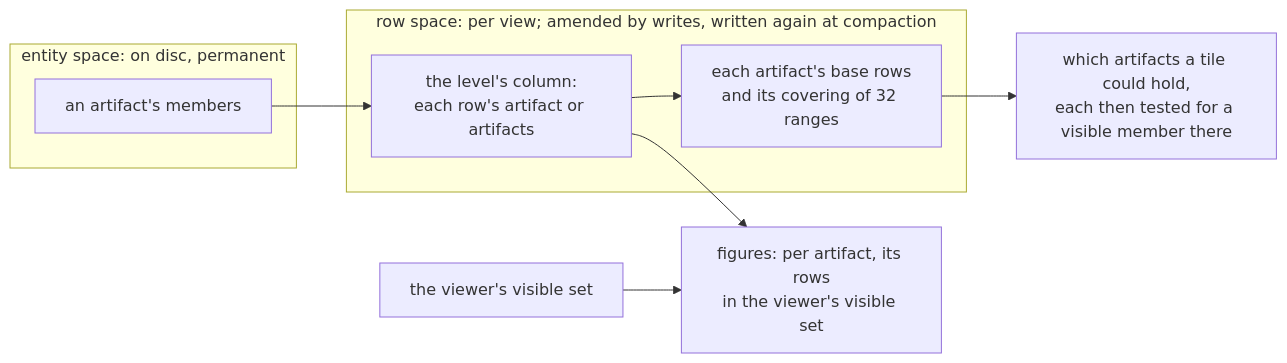
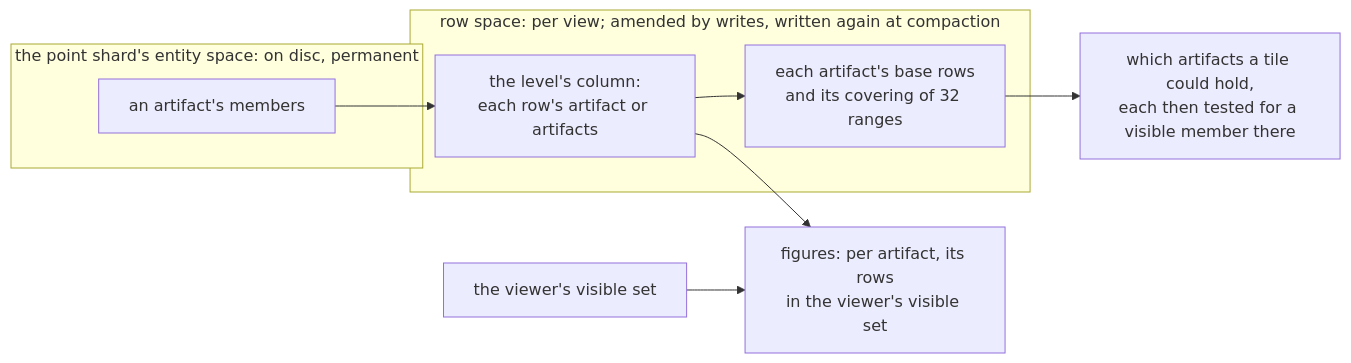
One commit to jennis0/tesseradb changed the third of 3 diagrams in docs/system/annotations.md. Above: the diagram before and after it, drawn with Mermaid. The commit also changed other lines of this file and 183 other files, not shown here.

````diff
--- a/docs/system/annotations.md
+++ b/docs/system/annotations.md
@@ -459,15 +481,15 @@
 ```mermaid
 flowchart LR
-  subgraph entity["entity space: on disc, permanent"]
+  subgraph entity["the point shard's entity space: on disc, permanent"]
     mem["an artifact's members"]
   end
   subgraph row["row space: per view; amended by writes, written again at compaction"]
     col["the level's column:<br/>each row's artifact or artifacts"]
     bits["each artifact's base rows<br/>and its covering of 32 ranges"]
   end
   mem --> col
   col --> bits
   col --> figures["figures: per artifact, its rows<br/>in the viewer's visible set"]
   visible["the viewer's visible set"] --> figures
   bits --> tile["which artifacts a tile could hold,<br/>each then tested for a visible member there"]
 ```
````
